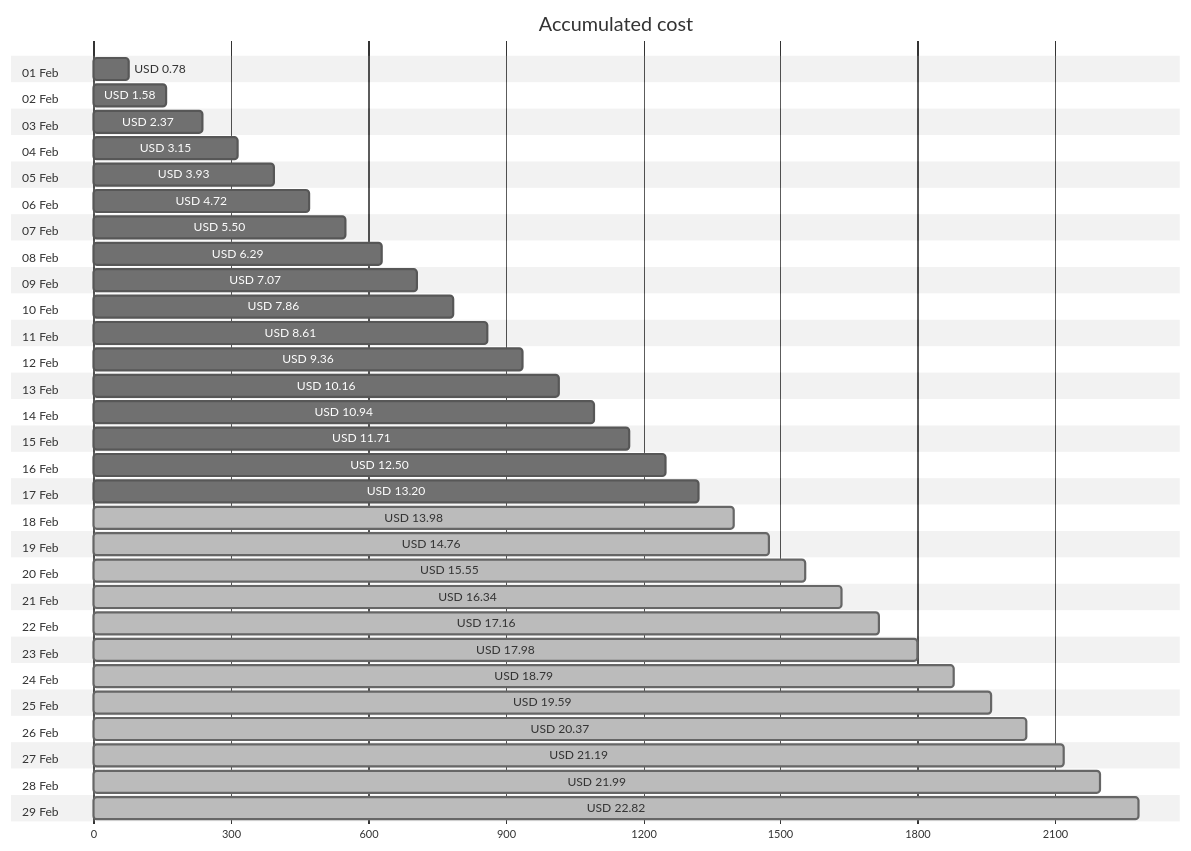
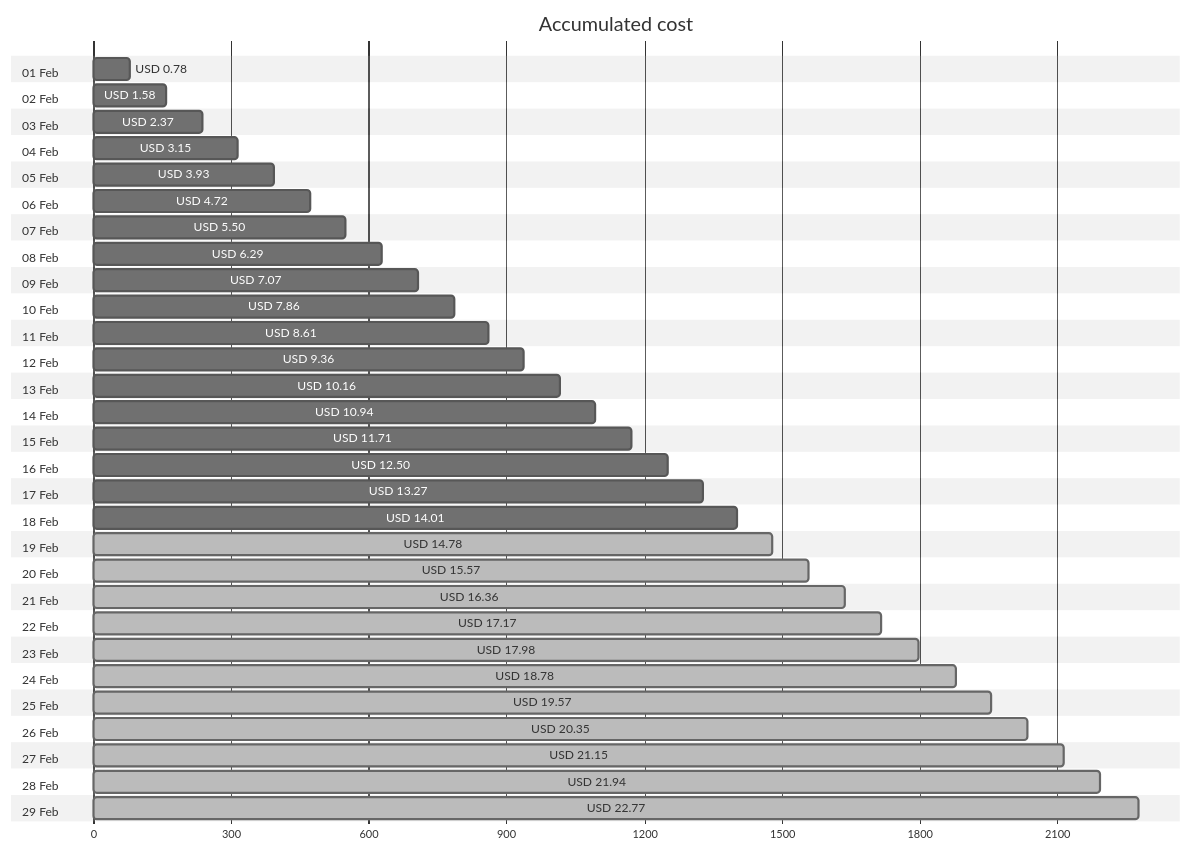
Before and after one commit to jpfulton/azure-personal-reports: the first of 4 diagrams in cost-reports/personal-network/backup-server-data-disk.md, drawn with Mermaid (neutral theme). The commit also changed other lines of this file and 8 other files, not shown here.

````diff
--- a/cost-reports/personal-network/backup-server-data-disk.md
+++ b/cost-reports/personal-network/backup-server-data-disk.md
@@ -20,64 +20,64 @@
 ```mermaid
 gantt
    title Accumulated cost
    dateFormat  X
    axisFormat %s
    section 01 Feb
    USD 0.78 :0, 78
    section 02 Feb
    USD 1.58 :0, 158
    section 03 Feb
    USD 2.37 :0, 237
    section 04 Feb
    USD 3.15 :0, 315
    section 05 Feb
    USD 3.93 :0, 393
    section 06 Feb
    USD 4.72 :0, 472
    section 07 Feb
    USD 5.50 :0, 550
    section 08 Feb
    USD 6.29 :0, 629
    section 09 Feb
    USD 7.07 :0, 707
    section 10 Feb
    USD 7.86 :0, 786
    section 11 Feb
    USD 8.61 :0, 861
    section 12 Feb
    USD 9.36 :0, 936
    section 13 Feb
    USD 10.16 :0, 1016
    section 14 Feb
    USD 10.94 :0, 1094
    section 15 Feb
    USD 11.71 :0, 1171
    section 16 Feb
    USD 12.50 :0, 1250
    section 17 Feb
-   USD 13.20 :0, 1320
+   USD 13.27 :0, 1327
    section 18 Feb
-   USD 13.98 : done, 0, 1398
+   USD 14.01 :0, 1401
    section 19 Feb
-   USD 14.76 : done, 0, 1476
+   USD 14.78 : done, 0, 1478
    section 20 Feb
-   USD 15.55 : done, 0, 1555
+   USD 15.57 : done, 0, 1557
    section 21 Feb
-   USD 16.34 : done, 0, 1634
+   USD 16.36 : done, 0, 1636
    section 22 Feb
-   USD 17.16 : done, 0, 1716
+   USD 17.17 : done, 0, 1717
    section 23 Feb
    USD 17.98 : done, 0, 1798
    section 24 Feb
-   USD 18.79 : done, 0, 1879
+   USD 18.78 : done, 0, 1878
    section 25 Feb
-   USD 19.59 : done, 0, 1959
+   USD 19.57 : done, 0, 1957
    section 26 Feb
-   USD 20.37 : done, 0, 2037
+   USD 20.35 : done, 0, 2035
    section 27 Feb
-   USD 21.19 : done, 0, 2119
+   USD 21.15 : done, 0, 2115
    section 28 Feb
-   USD 21.99 : done, 0, 2199
+   USD 21.94 : done, 0, 2194
    section 29 Feb
-   USD 22.82 : done, 0, 2282
+   USD 22.77 : done, 0, 2277
 ```
````
